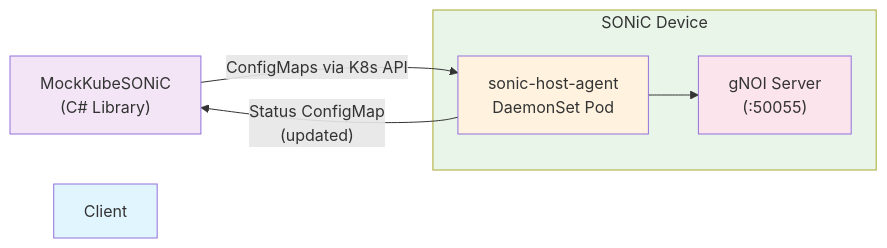
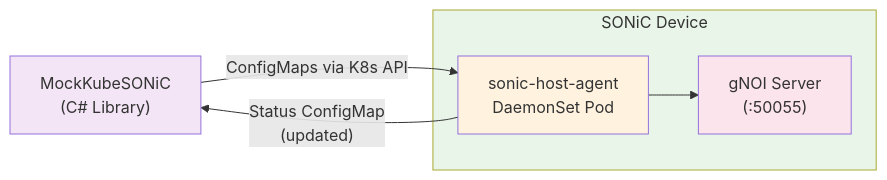
One commit to sonic-net/sonic-mgmt changed the second of 2 diagrams in docs/testplan/Upgrade_gNOI-test-plan.md. Above: the diagram before and after it, drawn with Mermaid.

Commit message:
Updated testplan

````diff
--- a/docs/testplan/Upgrade_gNOI-test-plan.md
+++ b/docs/testplan/Upgrade_gNOI-test-plan.md
@@ -166,23 +166,22 @@
 ```mermaid
 graph LR
     MockKubeSONiC["MockKubeSONiC
 (C# Library)"]
 
     subgraph Device ["SONiC Device"]
         Agent["sonic-host-agent
 DaemonSet Pod"]
         GNOI["gNOI Server
 (:50055)"]
         Agent --> GNOI
     end
 
     MockKubeSONiC -->|"ConfigMaps via K8s API"| Agent
     Agent -->|"Status ConfigMap
 (updated)"| MockKubeSONiC
 
-    style Client fill:#e1f5fe
     style MockKubeSONiC fill:#f3e5f5
     style Device fill:#e8f5e8
     style Agent fill:#fff3e0
     style GNOI fill:#fce4ec
 ```
````
